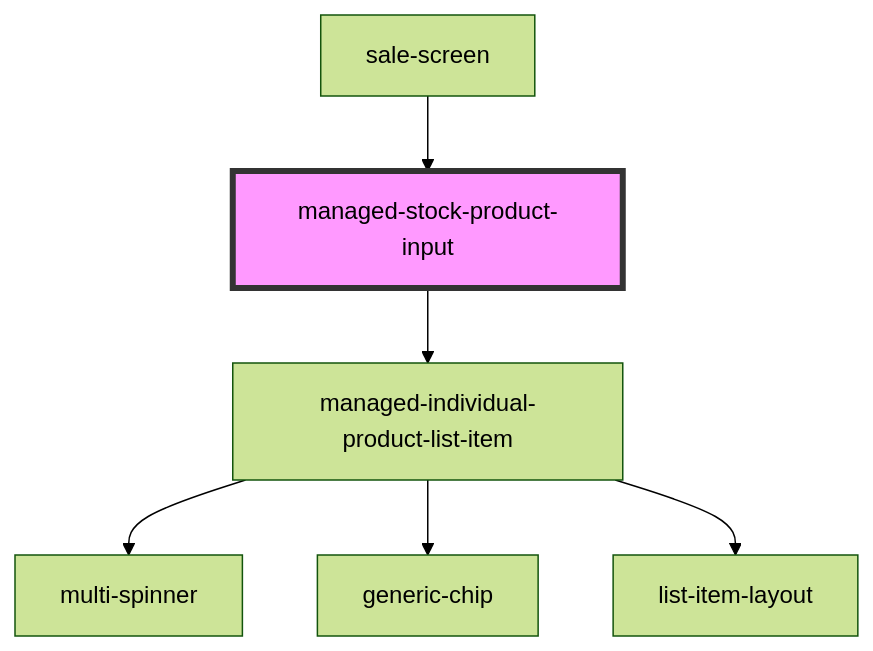
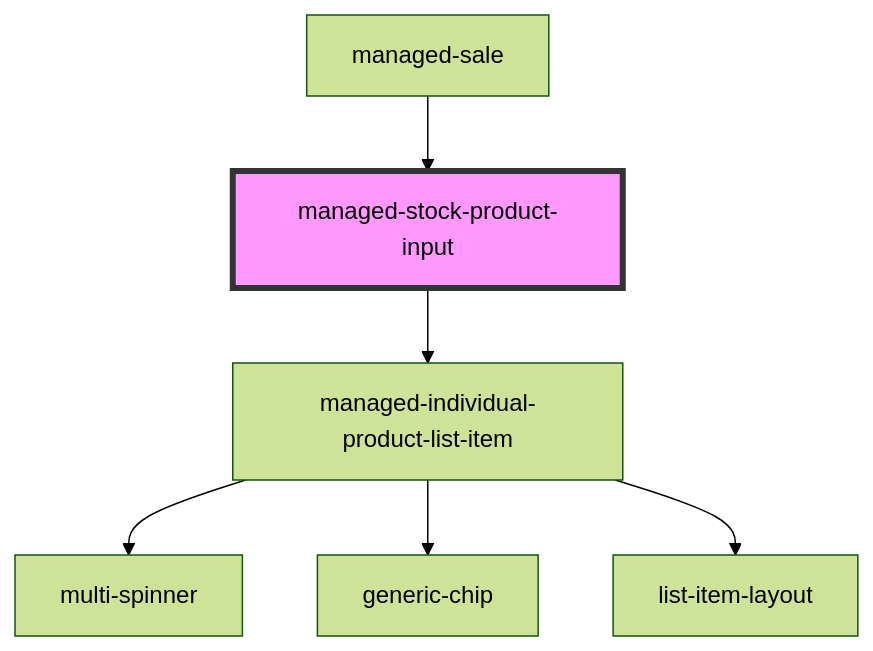
Before and after one commit to PharmaLedger-IMI/fgt-workspace: the diagram in pdm-web-components/src/components/managed-stock-product-input/readme.md, drawn with Mermaid (forest theme). The commit also changed other lines of this file and 48 other files, not shown here.

Commit message:
refs #14 - sale screen functional along with listing

````diff
--- a/pdm-web-components/src/components/managed-stock-product-input/readme.md
+++ b/pdm-web-components/src/components/managed-stock-product-input/readme.md
@@ -54,9 +55,9 @@
 ```mermaid
 graph TD;
   managed-stock-product-input --> managed-individual-product-list-item
   managed-individual-product-list-item --> multi-spinner
   managed-individual-product-list-item --> generic-chip
   managed-individual-product-list-item --> list-item-layout
-  sale-screen --> managed-stock-product-input
+  managed-sale --> managed-stock-product-input
   style managed-stock-product-input fill:#f9f,stroke:#333,stroke-width:4px
 ```
````
